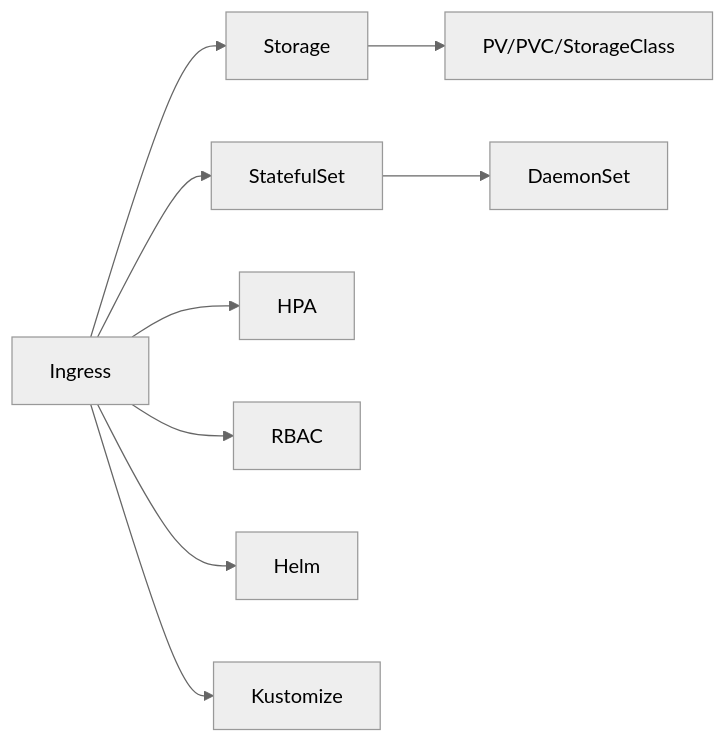
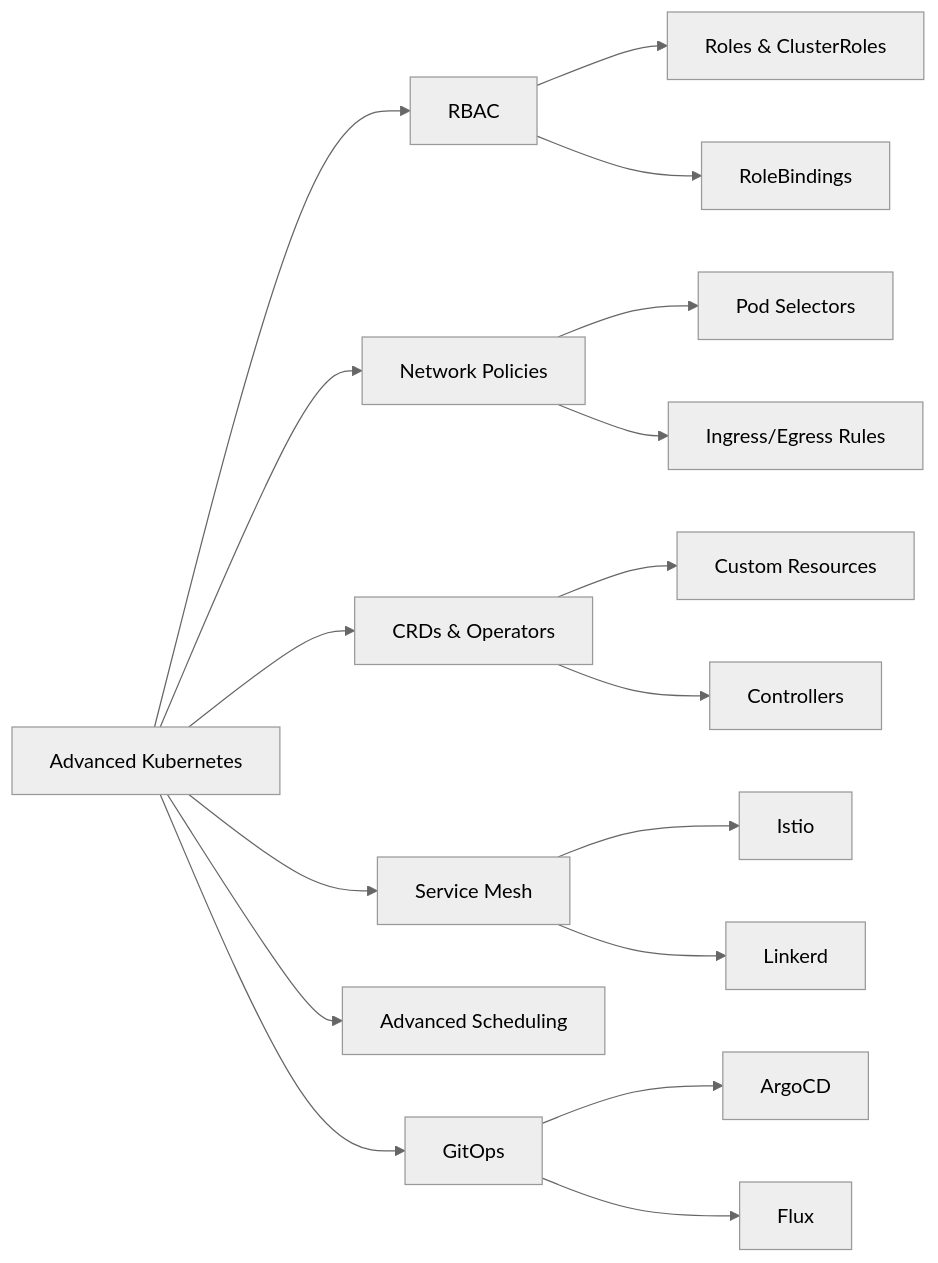
The first of 3 diagrams in docs/courses/devops/08-k8s-advanced.md (Raushan666java/ai-engineering-journey), drawn with Mermaid (neutral theme) before and after one commit. The commit also changed other lines of this file and 62 other files, not shown here.

````diff
--- a/docs/courses/devops/08-k8s-advanced.md
+++ b/docs/courses/devops/08-k8s-advanced.md
@@ -32,11 +34,19 @@
 ```mermaid
 flowchart LR
-    A[Ingress] --> B[Storage]
-    B --> C[PV/PVC/StorageClass]
-    A --> D[StatefulSet]
-    D --> E[DaemonSet]
-    A --> F[HPA]
-    A --> G[RBAC]
-    A --> H[Helm]
-    A --> I[Kustomize]
+    A[Advanced Kubernetes] --> B[RBAC]
+    A --> C[Network Policies]
+    A --> D[CRDs & Operators]
+    A --> E[Service Mesh]
+    A --> F[Advanced Scheduling]
+    A --> G[GitOps]
+    B --> H[Roles & ClusterRoles]
+    B --> I[RoleBindings]
+    C --> J[Pod Selectors]
+    C --> K[Ingress/Egress Rules]
+    D --> L[Custom Resources]
+    D --> M[Controllers]
+    E --> N[Istio]
+    E --> O[Linkerd]
+    G --> P[ArgoCD]
+    G --> Q[Flux]
 ```
````
